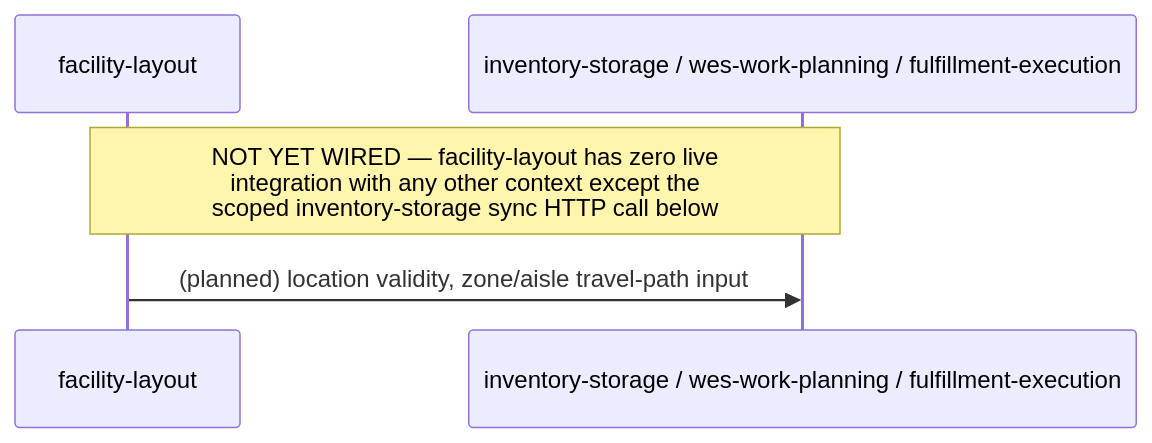
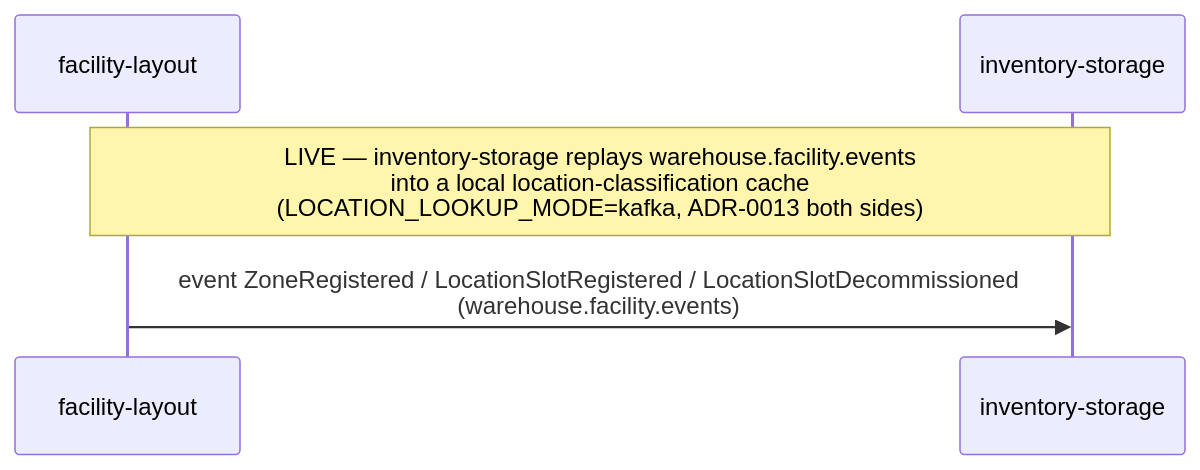
Before and after one commit to claudioed/warehouse-docs: the sixth of 6 diagrams in docs/strategic-design/domain-message-flows.md, drawn with Mermaid. The commit also changed other lines of this file and 15 other files, not shown here.

````diff
--- a/docs/strategic-design/domain-message-flows.md
+++ b/docs/strategic-design/domain-message-flows.md
@@ -148,8 +148,8 @@
 ```mermaid
 sequenceDiagram
     participant FL as facility-layout
-    participant WES as inventory-storage / wes-work-planning / fulfillment-execution
+    participant INV as inventory-storage
 
-    Note over FL,WES: NOT YET WIRED — facility-layout has zero live<br/>integration with any other context except the<br/>scoped inventory-storage sync HTTP call below
-    FL->>WES: (planned) location validity, zone/aisle travel-path input
+    Note over FL,INV: LIVE — inventory-storage replays warehouse.facility.events<br/>into a local location-classification cache<br/>(LOCATION_LOOKUP_MODE=kafka, ADR-0013 both sides)
+    FL->>INV: event ZoneRegistered / LocationSlotRegistered / LocationSlotDecommissioned<br/>(warehouse.facility.events)
 ```
````
